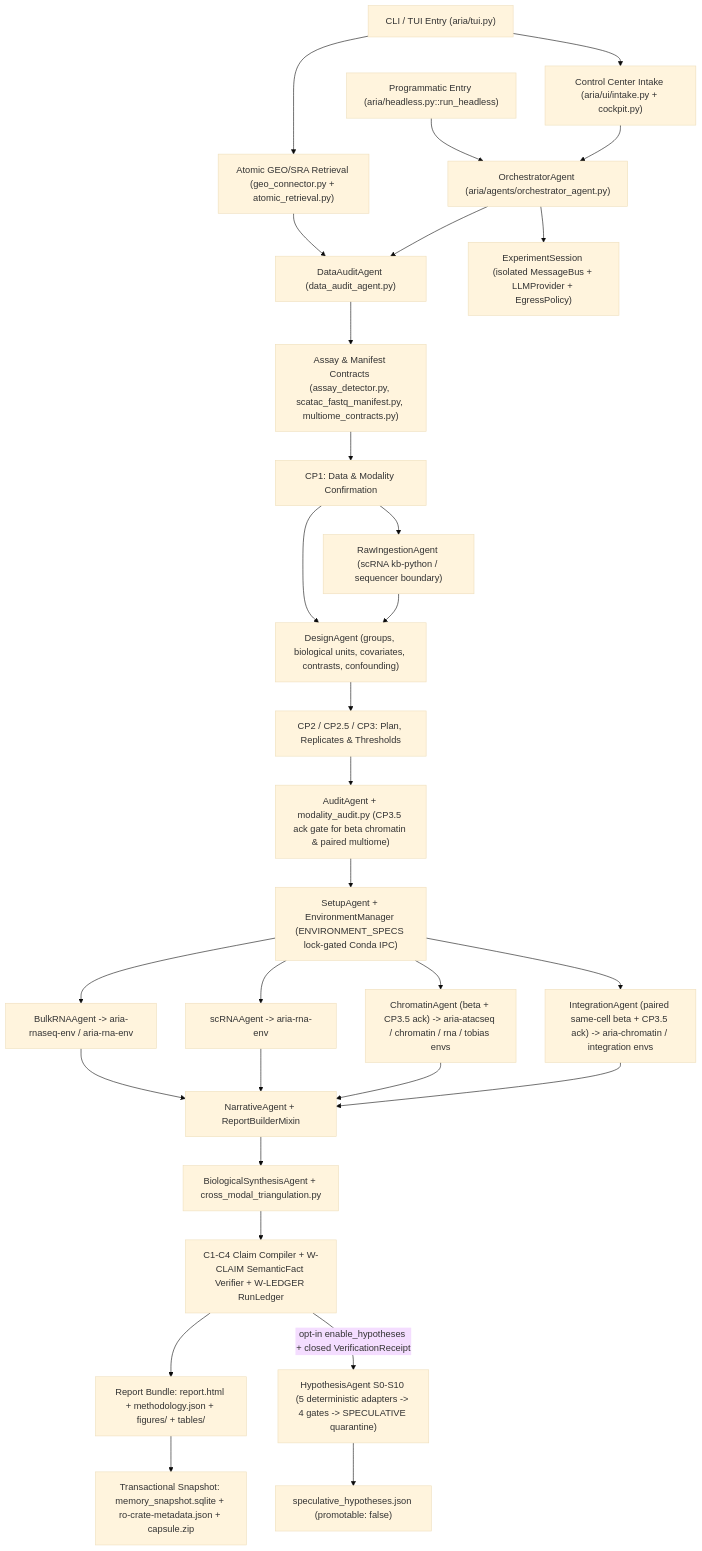
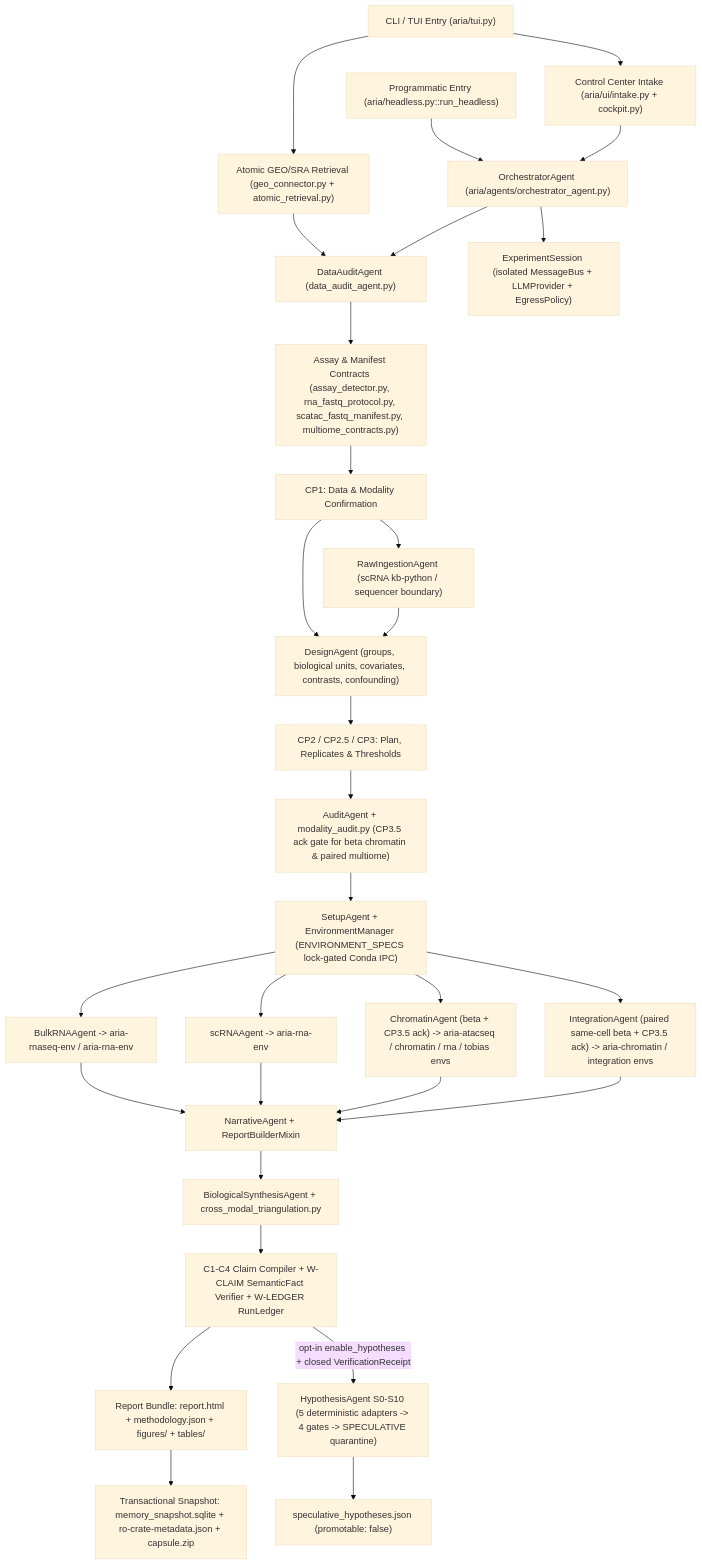
One commit to Olascoaga/aria-omics changed the diagram in docs/architecture/code_graph.md. Above: the diagram before and after it, drawn with Mermaid (base theme). The commit also changed other lines of this file and 35 other files, not shown here.

Commit message:
feat(rna): universal multi-platform raw FASTQ RNA engine and promote bulk_RNA_raw to production (ADR-075)

````diff
--- a/docs/architecture/code_graph.md
+++ b/docs/architecture/code_graph.md
@@ -9,36 +9,36 @@
 ```mermaid
 flowchart TD
     CLI["CLI / TUI Entry (aria/tui.py)"] --> INTAKE["Control Center Intake (aria/ui/intake.py + cockpit.py)"]
     HEADLESS["Programmatic Entry (aria/headless.py::run_headless)"] --> ORCH
     CLI --> GEO["Atomic GEO/SRA Retrieval (geo_connector.py + atomic_retrieval.py)"]
     INTAKE --> ORCH["OrchestratorAgent (aria/agents/orchestrator_agent.py)"]
     GEO --> DA["DataAuditAgent (data_audit_agent.py)"]
     ORCH --> SESSION["ExperimentSession (isolated MessageBus + LLMProvider + EgressPolicy)"]
     ORCH --> DA
 
-    DA --> ASSAY["Assay & Manifest Contracts (assay_detector.py, scatac_fastq_manifest.py, multiome_contracts.py)"]
+    DA --> ASSAY["Assay & Manifest Contracts (assay_detector.py, rna_fastq_protocol.py, scatac_fastq_manifest.py, multiome_contracts.py)"]
     ASSAY --> CP1["CP1: Data & Modality Confirmation"]
     CP1 --> RAW["RawIngestionAgent (scRNA kb-python / sequencer boundary)"]
     CP1 --> DESIGN["DesignAgent (groups, biological units, covariates, contrasts, confounding)"]
     RAW --> DESIGN
     DESIGN --> CP2["CP2 / CP2.5 / CP3: Plan, Replicates & Thresholds"]
     CP2 --> AUDIT["AuditAgent + modality_audit.py (CP3.5 ack gate for beta chromatin & paired multiome)"]
     AUDIT --> SETUP["SetupAgent + EnvironmentManager (ENVIRONMENT_SPECS lock-gated Conda IPC)"]
 
     SETUP --> BULK["BulkRNAAgent -> aria-rnaseq-env / aria-rna-env"]
     SETUP --> SCRNA["scRNAAgent -> aria-rna-env"]
     SETUP --> CHROM["ChromatinAgent (beta + CP3.5 ack) -> aria-atacseq / chromatin / rna / tobias envs"]
     SETUP --> INTEG["IntegrationAgent (paired same-cell beta + CP3.5 ack) -> aria-chromatin / integration envs"]
 
     BULK --> NARR["NarrativeAgent + ReportBuilderMixin"]
     SCRNA --> NARR
     CHROM --> NARR
     INTEG --> NARR
 
     NARR --> SYNTH["BiologicalSynthesisAgent + cross_modal_triangulation.py"]
     SYNTH --> COMPILER["C1-C4 Claim Compiler + W-CLAIM SemanticFact Verifier + W-LEDGER RunLedger"]
     COMPILER --> BUNDLE["Report Bundle: report.html + methodology.json + figures/ + tables/"]
     BUNDLE --> CAPSULE["Transactional Snapshot: memory_snapshot.sqlite + ro-crate-metadata.json + capsule.zip"]
     COMPILER -->|opt-in enable_hypotheses + closed VerificationReceipt| HYPO["HypothesisAgent S0-S10 (5 deterministic adapters -> 4 gates -> SPECULATIVE quarantine)"]
     HYPO --> SPEC_JSON["speculative_hypotheses.json (promotable: false)"]
 ```
````
